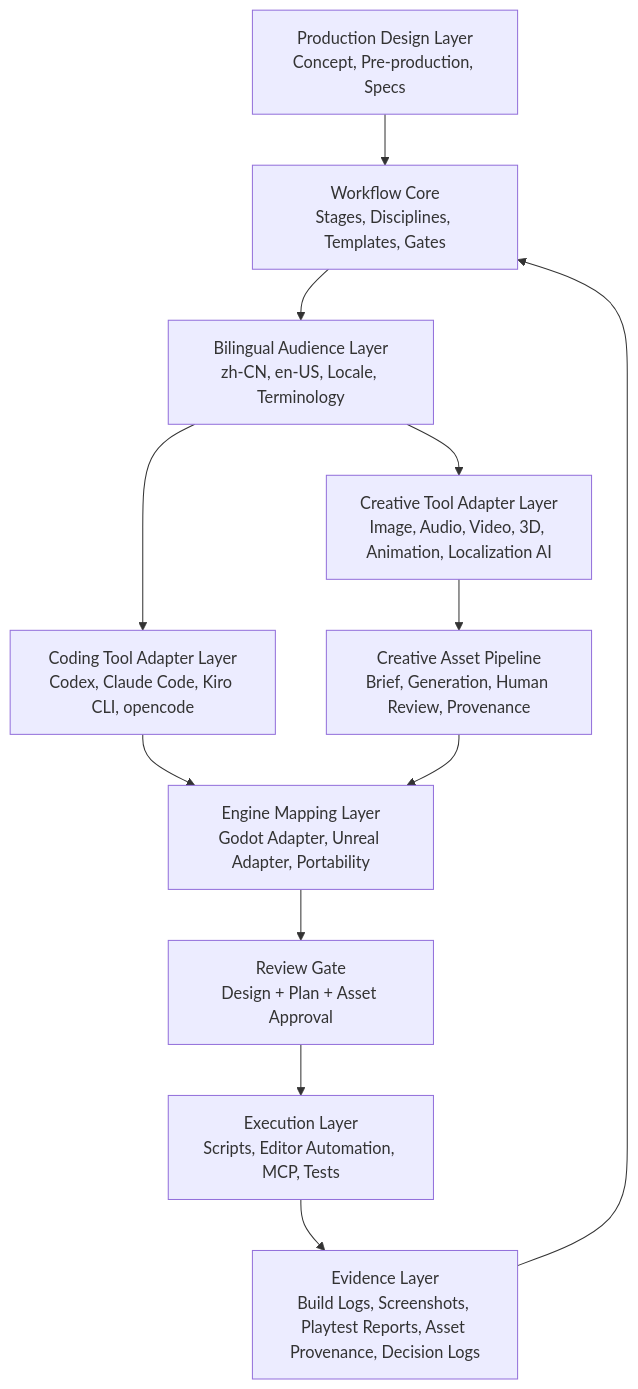
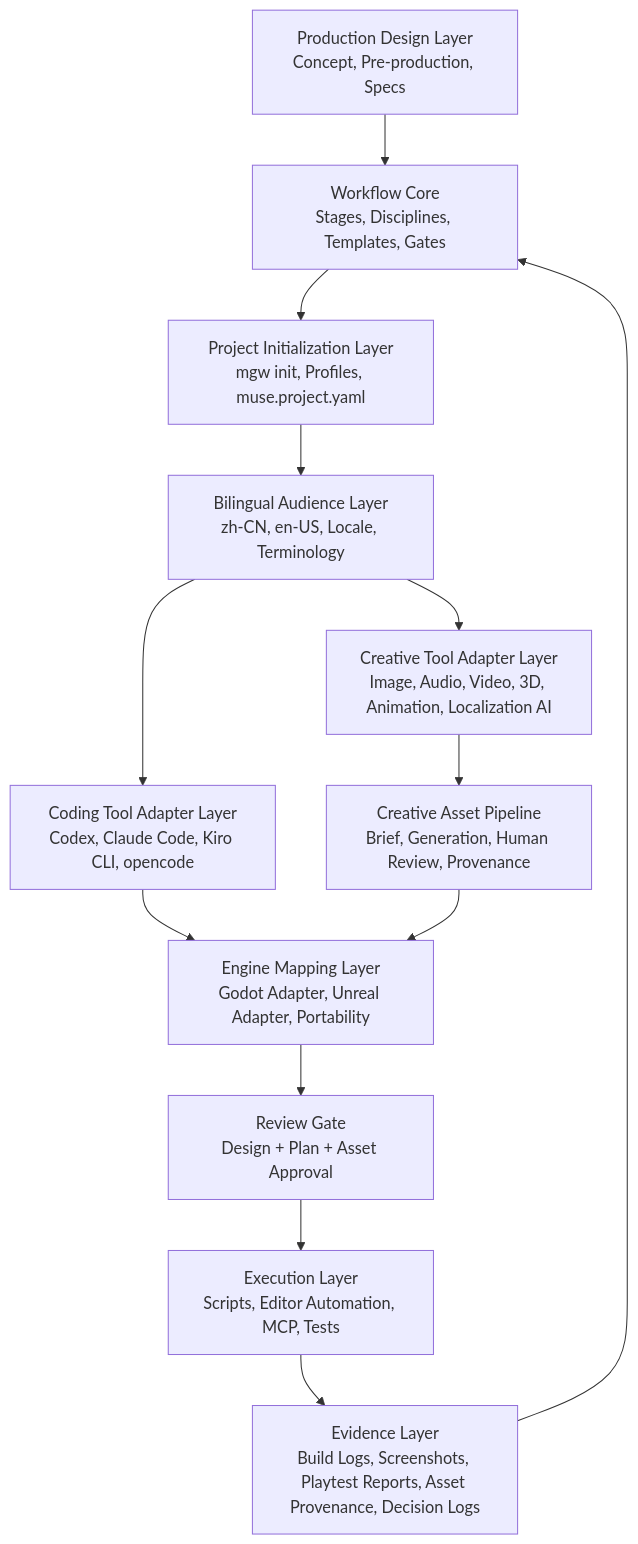
One commit to wikieden/MuseGameWorkshop changed the diagram in docs/muse-game-workshop-docs/technical-architecture.en.md. Above: the diagram before and after it, drawn with Mermaid. The commit also changed other lines of this file and 150 other files, not shown here.

````diff
--- a/docs/muse-game-workshop-docs/technical-architecture.en.md
+++ b/docs/muse-game-workshop-docs/technical-architecture.en.md
@@ -22,14 +22,15 @@
 ```mermaid
 flowchart TD
   A["Production Design Layer\nConcept, Pre-production, Specs"] --> B["Workflow Core\nStages, Disciplines, Templates, Gates"]
-  B --> L["Bilingual Audience Layer\nzh-CN, en-US, Locale, Terminology"]
+  B --> I["Project Initialization Layer\nmgw init, Profiles, muse.project.yaml"]
+  I --> L["Bilingual Audience Layer\nzh-CN, en-US, Locale, Terminology"]
   L --> T["Coding Tool Adapter Layer\nCodex, Claude Code, Kiro CLI, opencode"]
   L --> CT["Creative Tool Adapter Layer\nImage, Audio, Video, 3D, Animation, Localization AI"]
   CT --> CP["Creative Asset Pipeline\nBrief, Generation, Human Review, Provenance"]
   T --> C["Engine Mapping Layer\nGodot Adapter, Unreal Adapter, Portability"]
   CP --> C
   C --> R["Review Gate\nDesign + Plan + Asset Approval"]
   R --> D["Execution Layer\nScripts, Editor Automation, MCP, Tests"]
   D --> E["Evidence Layer\nBuild Logs, Screenshots, Playtest Reports, Asset Provenance, Decision Logs"]
   E --> B
 ```
````
